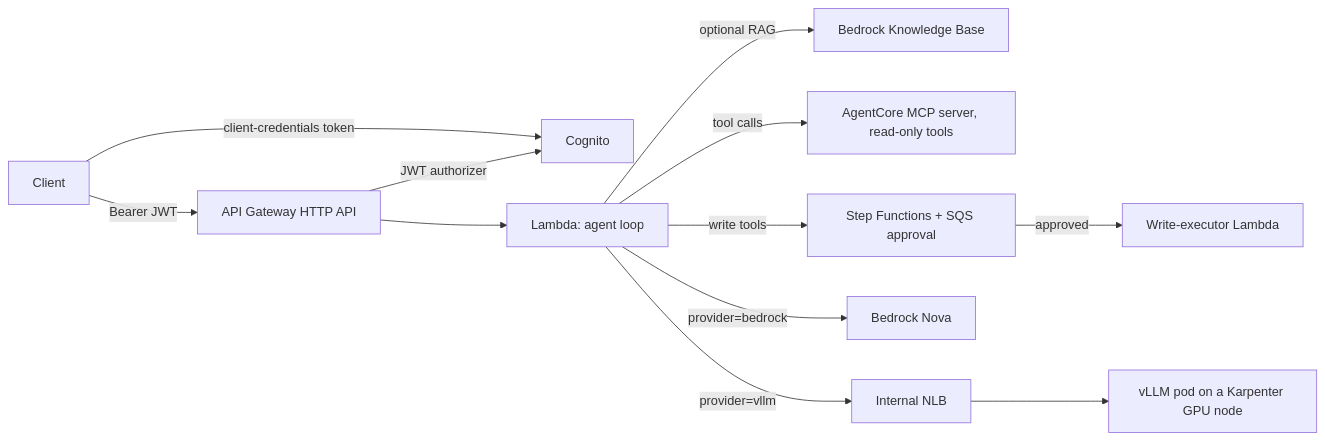
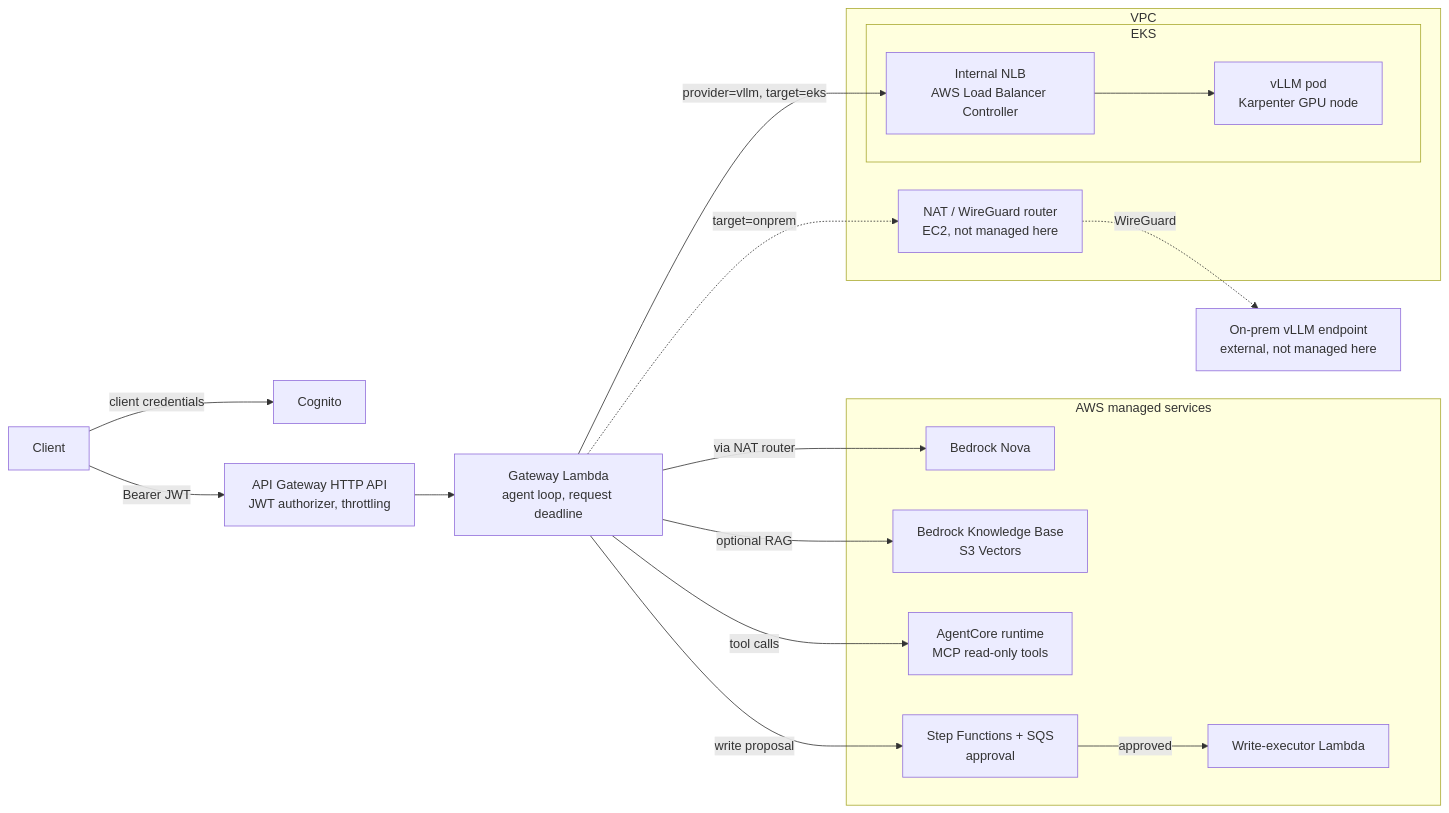
Before and after one commit to mohananarasimha/aws-ai-inference-platform: the diagram in README.md, drawn with Mermaid. The commit also changed other lines of this file and 2 other files, not shown here.

````diff
--- a/README.md
+++ b/README.md
@@ -9,16 +18,31 @@
 ```mermaid
 flowchart LR
-  Client -->|client-credentials token| Cognito
-  Client -->|Bearer JWT| APIGW[API Gateway HTTP API]
-  APIGW -->|JWT authorizer| Cognito
-  APIGW --> Lambda[Lambda: agent loop]
+  Client -->|client credentials| Cognito
+  Client -->|Bearer JWT| APIGW[API Gateway HTTP API<br/>JWT authorizer, throttling]
+  APIGW --> Lambda[Gateway Lambda<br/>agent loop, request deadline]
 
-  Lambda -->|optional RAG| KB[Bedrock Knowledge Base]
-  Lambda -->|tool calls| MCP[AgentCore MCP server, read-only tools]
-  Lambda -->|write tools| SFN[Step Functions + SQS approval]
-  SFN -->|approved| Exec[Write-executor Lambda]
+  subgraph AWS_managed[AWS managed services]
+    Bedrock[Bedrock Nova]
+    KB[Bedrock Knowledge Base<br/>S3 Vectors]
+    MCP[AgentCore runtime<br/>MCP read-only tools]
+    SFN[Step Functions + SQS<br/>approval]
+    Exec[Write-executor Lambda]
+  end
 
-  Lambda -->|provider=bedrock| Bedrock[Bedrock Nova]
-  Lambda -->|provider=vllm| NLB[Internal NLB]
-  NLB --> VLLM[vLLM pod on a Karpenter GPU node]
+  Lambda -->|via NAT router| Bedrock
+  Lambda -->|optional RAG| KB
+  Lambda -->|tool calls| MCP
+  Lambda -->|write proposal| SFN
+  SFN -->|approved| Exec
+
+  subgraph VPC[VPC]
+    Router[NAT / WireGuard router<br/>EC2, not managed here]
+    subgraph EKS[EKS]
+      NLB[Internal NLB<br/>AWS Load Balancer Controller]
+      VLLM[vLLM pod<br/>Karpenter GPU node]
+    end
+  end
+
+  Lambda -->|provider=vllm, target=eks| NLB --> VLLM
+  Lambda -.->|target=onprem| Router -.->|WireGuard| OnPrem[On-prem vLLM endpoint<br/>external, not managed here]
 ```
````
